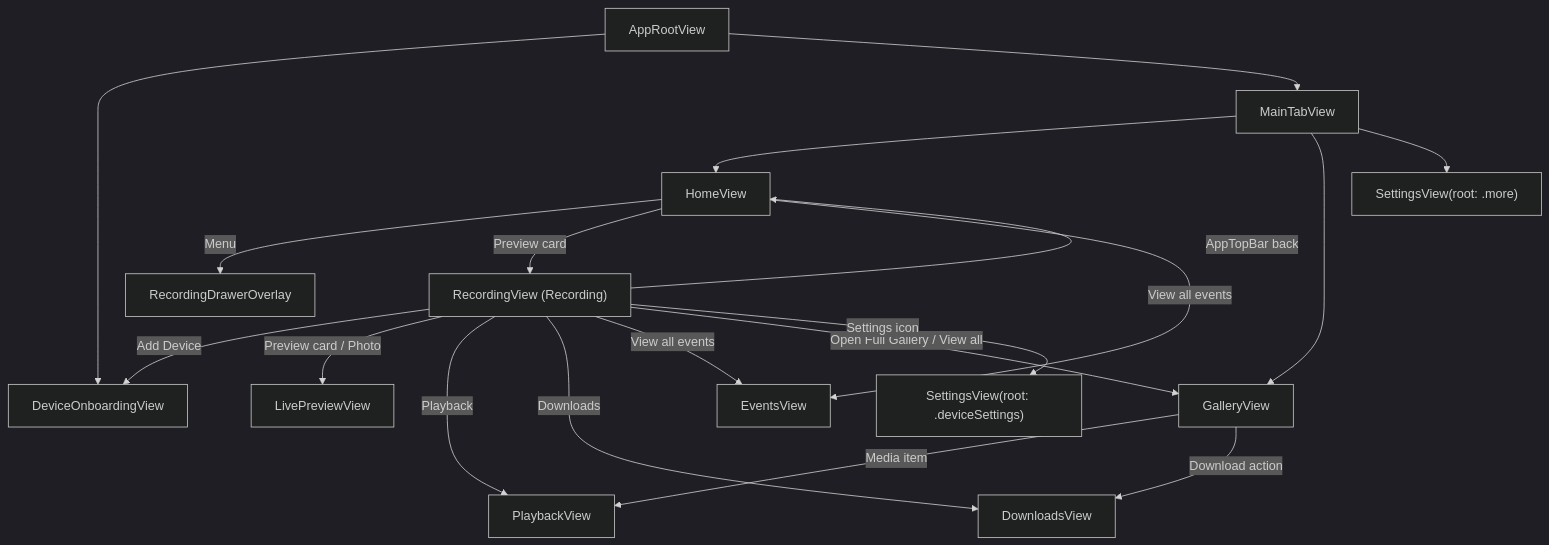
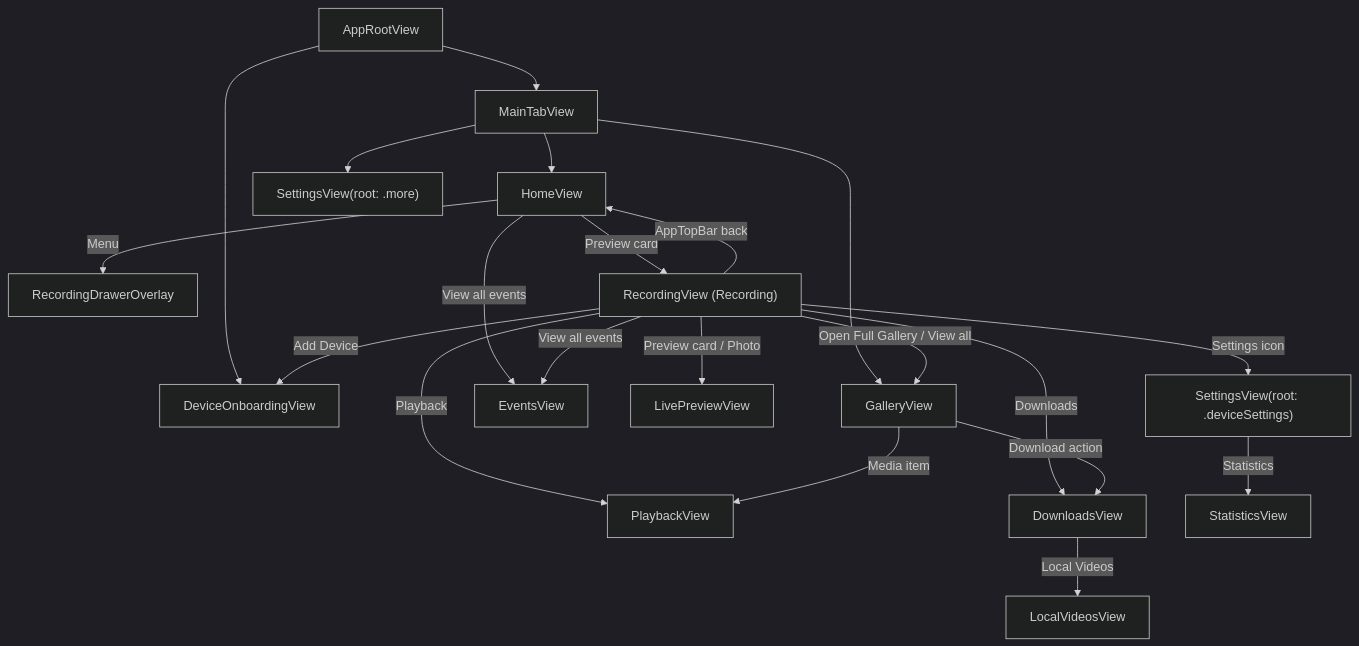
Before and after one commit to LitDragon/Cam360: the diagram in docs/specs/ui-flow/README.md, drawn with Mermaid (dark theme). The commit also changed other lines of this file and 64 other files, not shown here.

````diff
--- a/docs/specs/ui-flow/README.md
+++ b/docs/specs/ui-flow/README.md
@@ -24,22 +24,24 @@
 ```mermaid
 flowchart TD
     Root["AppRootView"]
     Root --> Onboarding["DeviceOnboardingView"]
     Root --> Main["MainTabView"]
     Main --> Home["HomeView"]
     Main --> Gallery["GalleryView"]
     Main --> Settings["SettingsView(root: .more)"]
     Home -->|Menu| Drawer["RecordingDrawerOverlay"]
     Home -->|Preview card| Recording["RecordingView (Recording)"]
     Home -->|View all events| Events["EventsView"]
     Recording -->|Add Device| Onboarding
     Recording -->|AppTopBar back| Home
     Recording -->|Preview card / Photo| LivePreview["LivePreviewView"]
     Recording -->|Playback| Playback["PlaybackView"]
     Recording -->|Downloads| Downloads["DownloadsView"]
     Recording -->|View all events| Events["EventsView"]
     Recording -->|Open Full Gallery / View all| Gallery
     Recording -->|Settings icon| DeviceSettings["SettingsView(root: .deviceSettings)"]
+    DeviceSettings -->|Statistics| Statistics["StatisticsView"]
     Gallery -->|Media item| Playback
     Gallery -->|Download action| Downloads
+    Downloads -->|Local Videos| LocalVideos["LocalVideosView"]
 ```
````
